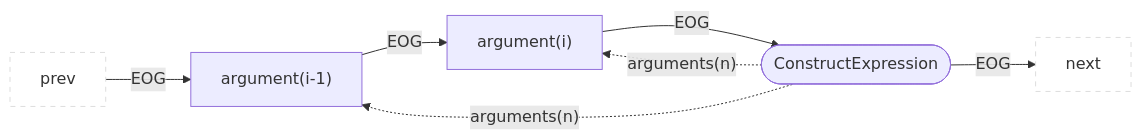
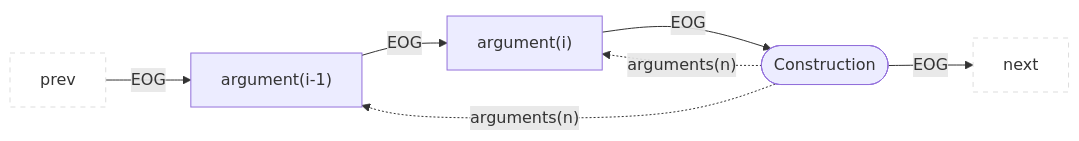
Diagram 30 of 49 in docs/docs/CPG/specs/eog.md (Fraunhofer-AISEC/cpg), drawn with Mermaid before and after one commit. The commit also changed other lines of this file and 222 other files, not shown here.

````diff
--- a/docs/docs/CPG/specs/eog.md
+++ b/docs/docs/CPG/specs/eog.md
@@ -572,10 +572,10 @@
 ```mermaid
 flowchart LR
   classDef outer fill:#fff,stroke:#ddd,stroke-dasharray:5 5;
   prev:::outer --EOG--> child1["argument(i-1)"]
   child1 --EOG--> child2["argument(i)"]
   child2 --EOG--> parent
-  parent(["ConstructExpression"]) --EOG--> next:::outer
+  parent(["Construction"]) --EOG--> next:::outer
   parent -."arguments(n)".-> child1
   parent -."arguments(n)".-> child2
 ```
````
